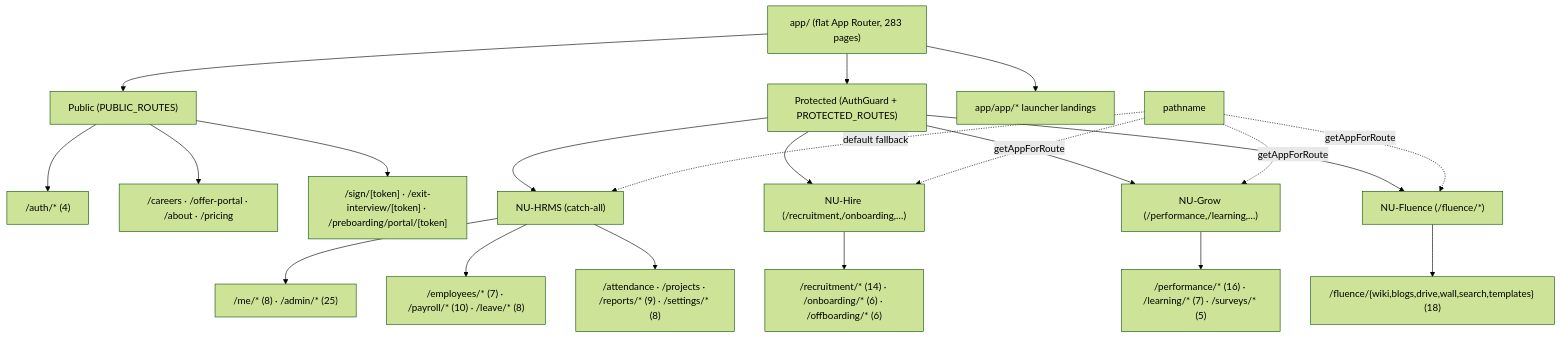
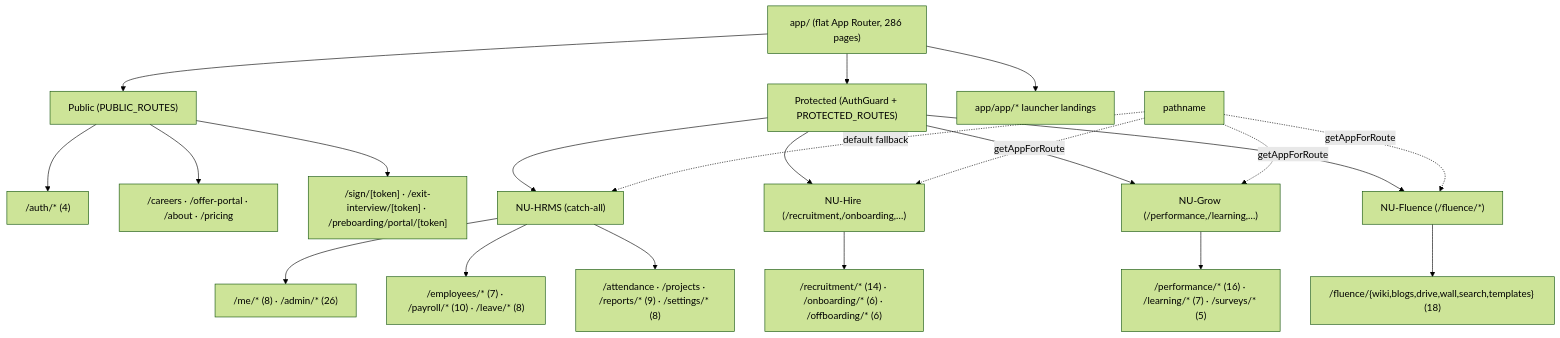
Before and after one commit to fayaz30395/nu-aura: the diagram in docs/obsidian/03-Frontend/Routes.md, drawn with Mermaid (forest theme). The commit also changed other lines of this file and 45 other files, not shown here.

````diff
--- a/docs/obsidian/03-Frontend/Routes.md
+++ b/docs/obsidian/03-Frontend/Routes.md
@@ -149,28 +149,28 @@
 ```mermaid
 graph TD
-  Root["app/ (flat App Router, 283 pages)"]
+  Root["app/ (flat App Router, 286 pages)"]
   Root --> Public["Public (PUBLIC_ROUTES)"]
   Root --> Protected["Protected (AuthGuard + PROTECTED_ROUTES)"]
   Root --> Launcher["app/app/* launcher landings"]
 
   Public --> P1["/auth/*  (4)"]
   Public --> P2["/careers · /offer-portal · /about · /pricing"]
   Public --> P3["/sign/[token] · /exit-interview/[token] · /preboarding/portal/[token]"]
 
   Protected --> HRMS["NU-HRMS (catch-all)"]
   Protected --> HIRE["NU-Hire (/recruitment,/onboarding,…)"]
   Protected --> GROW["NU-Grow (/performance,/learning,…)"]
   Protected --> FLU["NU-Fluence (/fluence/*)"]
 
-  HRMS --> H1["/me/* (8) · /admin/* (25)"]
+  HRMS --> H1["/me/* (8) · /admin/* (26)"]
   HRMS --> H2["/employees/* (7) · /payroll/* (10) · /leave/* (8)"]
   HRMS --> H3["/attendance · /projects · /reports/* (9) · /settings/* (8)"]
   HIRE --> I1["/recruitment/* (14) · /onboarding/* (6) · /offboarding/* (6)"]
   GROW --> G1["/performance/* (16) · /learning/* (7) · /surveys/* (5)"]
   FLU --> F1["/fluence/{wiki,blogs,drive,wall,search,templates} (18)"]
 
   Nav["pathname"] -.->|getAppForRoute| HIRE
   Nav -.->|getAppForRoute| GROW
   Nav -.->|getAppForRoute| FLU
   Nav -.->|"default fallback"| HRMS
 ```
````
